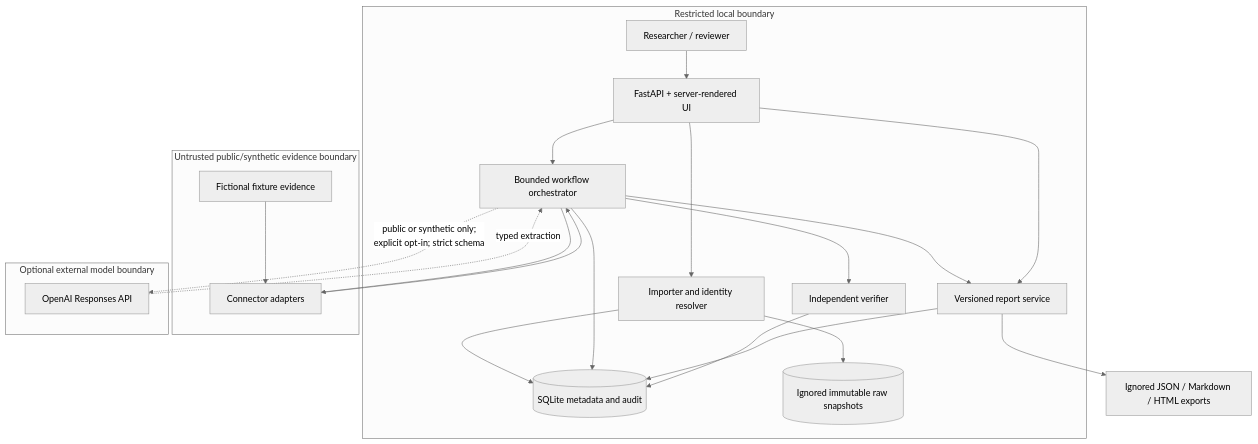
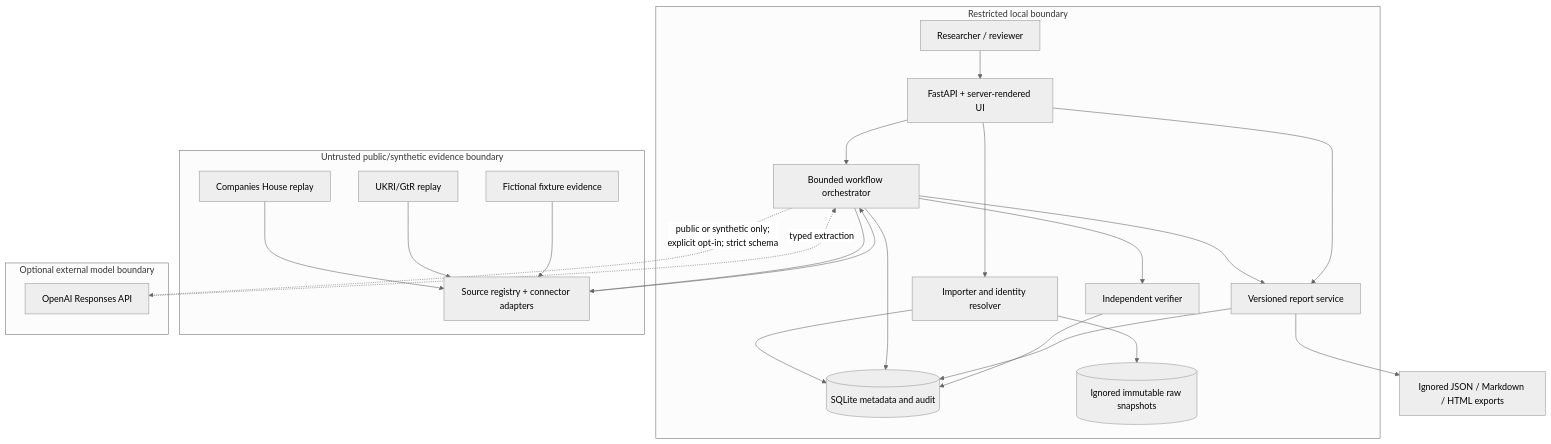
Before and after one commit to fayeeniu/dissertation-agentic-portfolio-monitoring: the first of 3 diagrams in docs/ARCHITECTURE.md, drawn with Mermaid (neutral theme). The commit also changed other lines of this file and 110 other files, not shown here.

````diff
--- a/docs/ARCHITECTURE.md
+++ b/docs/ARCHITECTURE.md
@@ -12,40 +12,44 @@
 ```mermaid
 flowchart TB
     subgraph R[Restricted local boundary]
         U[Researcher / reviewer]
         UI[FastAPI + server-rendered UI]
         IMP[Importer and identity resolver]
         DB[(SQLite metadata and audit)]
         RAW[(Ignored immutable raw snapshots)]
         WF[Bounded workflow orchestrator]
         VER[Independent verifier]
         REP[Versioned report service]
         U --> UI
         UI --> IMP
         IMP --> RAW
         IMP --> DB
         UI --> WF
         WF --> DB
         WF --> VER
         VER --> DB
         WF --> REP
         UI --> REP
         REP --> DB
     end
 
     subgraph P[Untrusted public/synthetic evidence boundary]
-        CON[Connector adapters]
+        CON[Source registry + connector adapters]
+        CH[Companies House replay]
+        UKRI[UKRI/GtR replay]
         FX[Fictional fixture evidence]
+        CH --> CON
+        UKRI --> CON
         FX --> CON
     end
 
     subgraph E[Optional external model boundary]
         OAI[OpenAI Responses API]
     end
 
     WF --> CON
     CON --> WF
     WF -. public or synthetic only;<br/>explicit opt-in; strict schema .-> OAI
     OAI -. typed extraction .-> WF
     REP --> OUT[Ignored JSON / Markdown / HTML exports]
 ```
````
